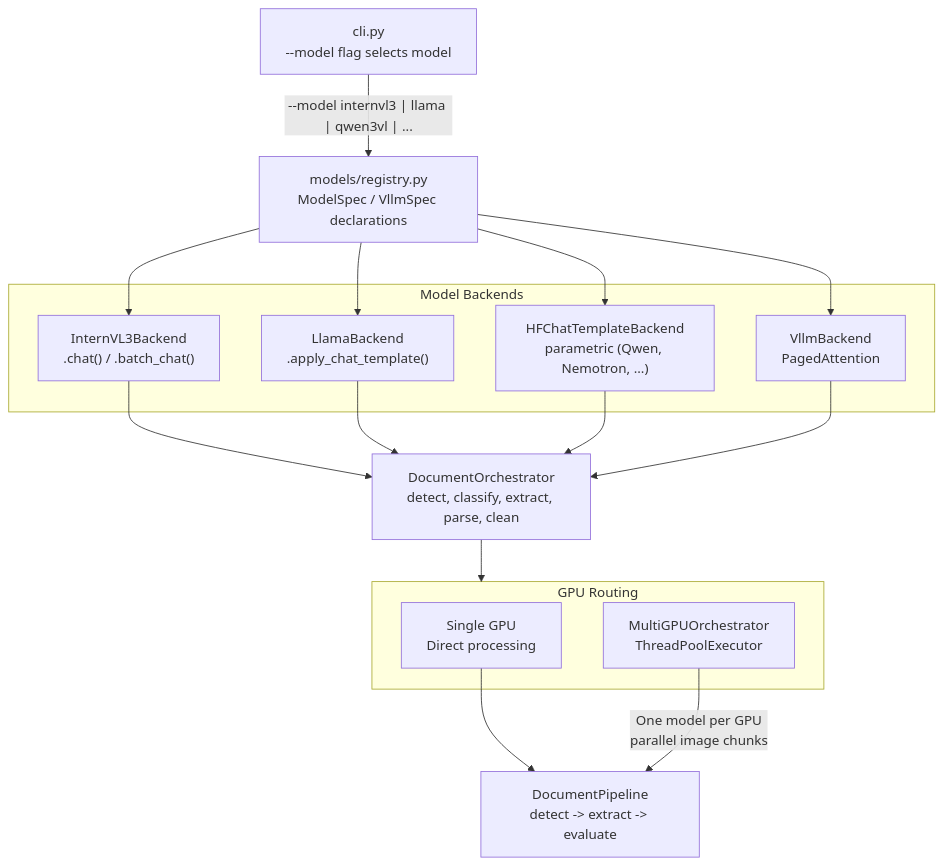
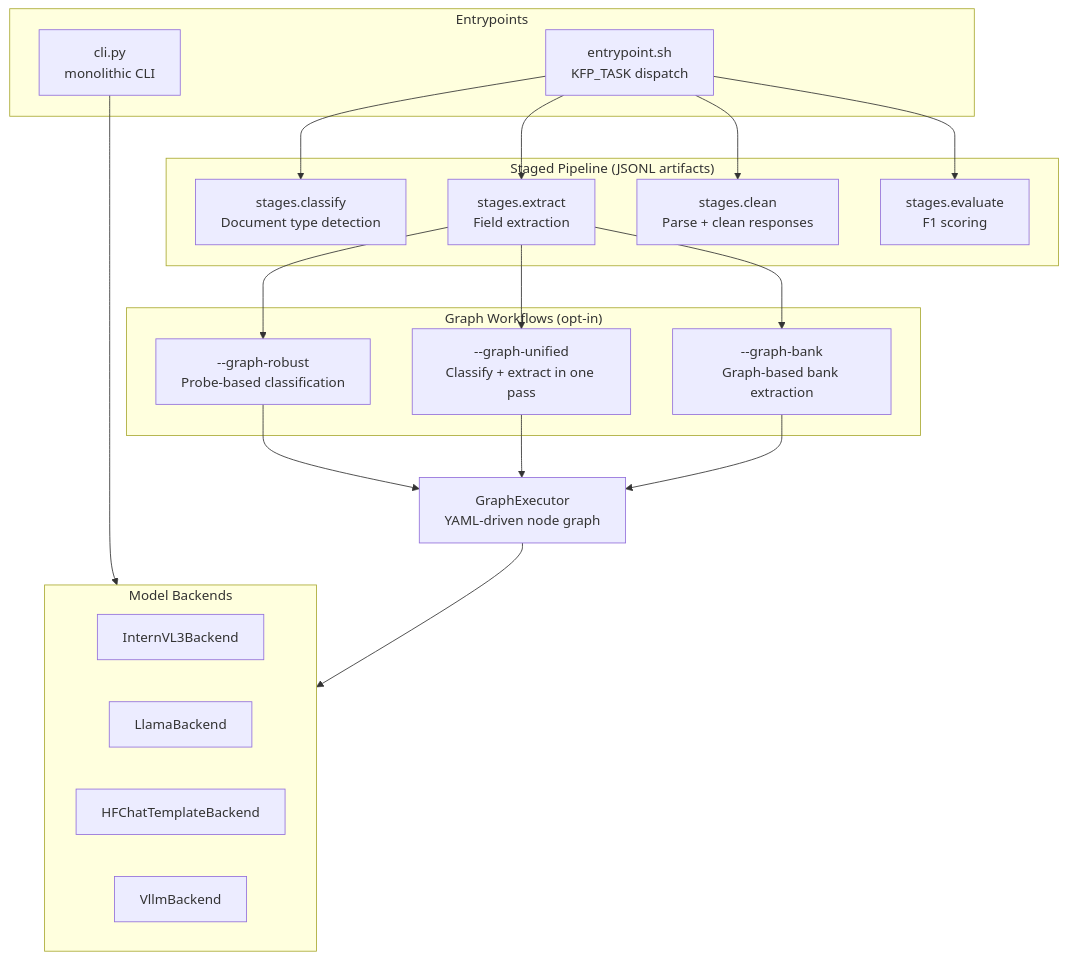
One commit to tmnestor/LMM_POC changed the first of 6 diagrams in README.md. Above: the diagram before and after it, drawn with Mermaid. The commit also changed other lines of this file, not shown here.

Commit message:
docs: comprehensive README update with usage, graph workflows, entrypoint.sh reference

````diff
--- a/README.md
+++ b/README.md
@@ -27,38 +39,35 @@
 ```mermaid
 graph TD
-    CLI["cli.py<br/>--model flag selects model"]
-    REG["models/registry.py<br/>ModelSpec / VllmSpec declarations"]
+    subgraph Entrypoints
+        EP["entrypoint.sh<br/>KFP_TASK dispatch"]
+        CLI["cli.py<br/>monolithic CLI"]
+    end
 
-    CLI -->|"--model internvl3 | llama | qwen3vl | ..."| REG
+    subgraph Stages["Staged Pipeline (JSONL artifacts)"]
+        S1["stages.classify<br/>Document type detection"]
+        S2["stages.extract<br/>Field extraction"]
+        S3["stages.clean<br/>Parse + clean responses"]
+        S4["stages.evaluate<br/>F1 scoring"]
+    end
+
+    EP --> S1 & S2 & S3 & S4
+
+    subgraph Graph["Graph Workflows (opt-in)"]
+        GR["--graph-robust<br/>Probe-based classification"]
+        GU["--graph-unified<br/>Classify + extract in one pass"]
+        GB["--graph-bank<br/>Graph-based bank extraction"]
+    end
+
+    S2 --> GR & GU & GB
 
     subgraph Backends["Model Backends"]
-        IVL["InternVL3Backend<br/>.chat() / .batch_chat()"]
-        LLAMA["LlamaBackend<br/>.apply_chat_template()"]
-        HF["HFChatTemplateBackend<br/>parametric (Qwen, Nemotron, ...)"]
-        VLLM["VllmBackend<br/>PagedAttention"]
+        IVL["InternVL3Backend"]
+        LLAMA["LlamaBackend"]
+        HF["HFChatTemplateBackend"]
+        VLLM["VllmBackend"]
     end
 
-    REG --> IVL
-    REG --> LLAMA
-    REG --> HF
-    REG --> VLLM
-
-    ORCH["DocumentOrchestrator<br/>detect, classify, extract, parse, clean"]
-
-    IVL --> ORCH
-    LLAMA --> ORCH
-    HF --> ORCH
-    VLLM --> ORCH
-
-    subgraph GPU["GPU Routing"]
-        SINGLE["Single GPU<br/>Direct processing"]
-        MULTI["MultiGPUOrchestrator<br/>ThreadPoolExecutor"]
-    end
-
-    ORCH --> GPU
-
-    PIPELINE["DocumentPipeline<br/>detect -> extract -> evaluate"]
-
-    SINGLE --> PIPELINE
-    MULTI -->|"One model per GPU<br/>parallel image chunks"| PIPELINE
+    CLI --> Backends
+    GR & GU & GB --> GE["GraphExecutor<br/>YAML-driven node graph"]
+    GE --> Backends
 ```
````
